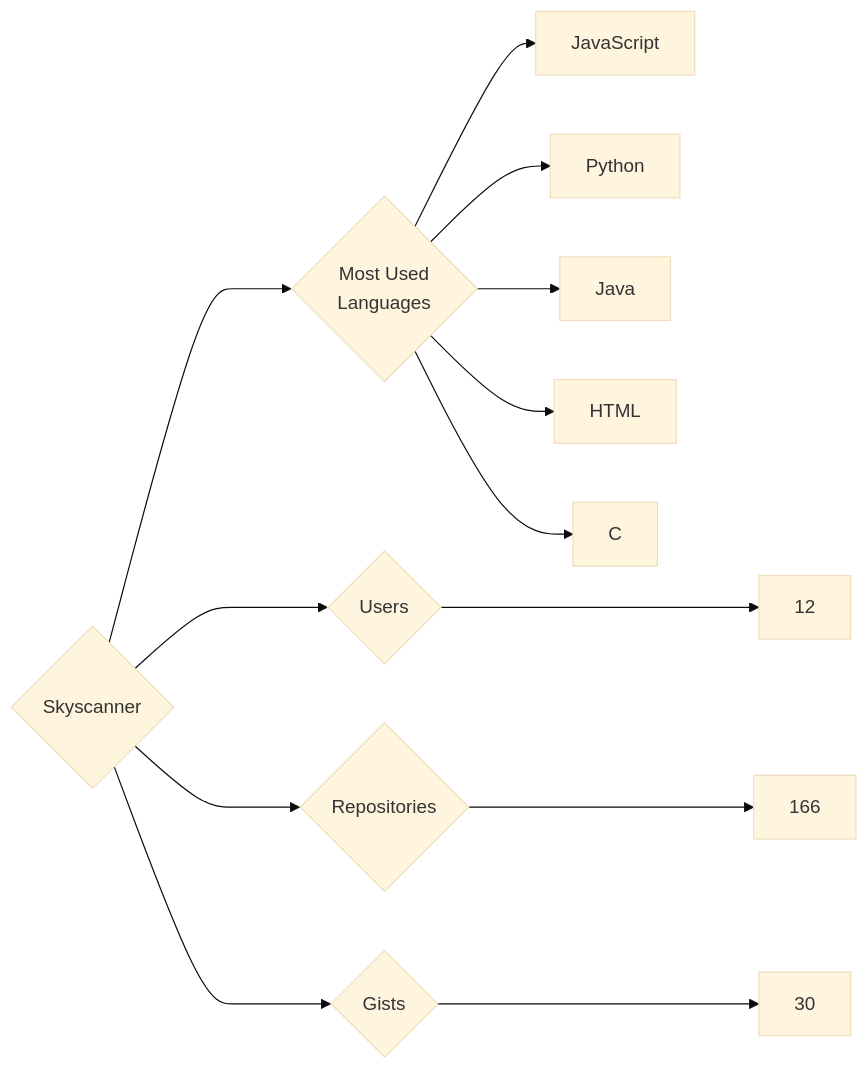
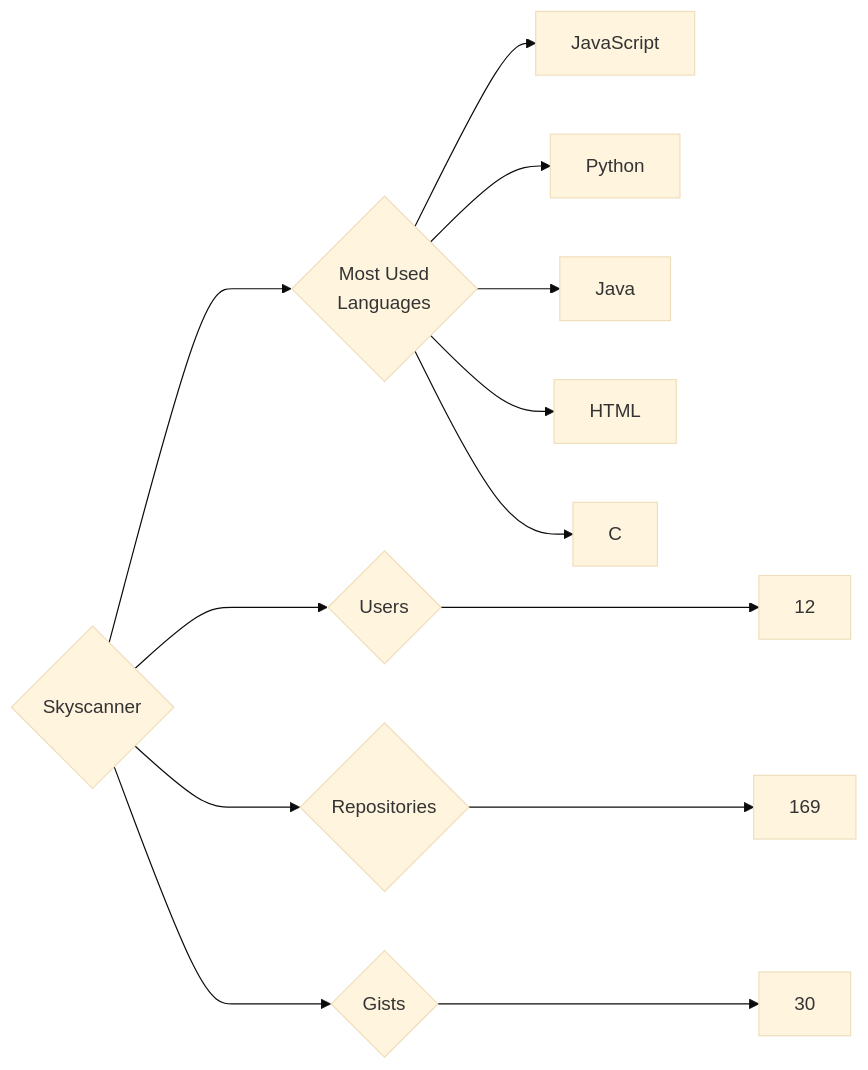
Before and after one commit to trickest/insiders: the diagram in targets/Skyscanner/README.md, drawn with Mermaid (base theme). The commit also changed 534 other files, not shown here.

````diff
--- a/targets/Skyscanner/README.md
+++ b/targets/Skyscanner/README.md
@@ -3,13 +3,13 @@
 ```mermaid
 graph LR
 COMPANY_NAME{Skyscanner}
 COMPANY_NAME ---> U{Users} ---> UN[12]
-COMPANY_NAME ---> R{Repositories} ---> RN[166]
+COMPANY_NAME ---> R{Repositories} ---> RN[169]
 COMPANY_NAME ---> G{Gists} ---> GN[30]
 COMPANY_NAME ---> ML{Most Used<br>Languages}
 ML --> JavaScript[JavaScript]
 ML --> Python[Python]
 ML --> Java[Java]
 ML --> HTML[HTML]
 ML --> C[C]
 ```
````
